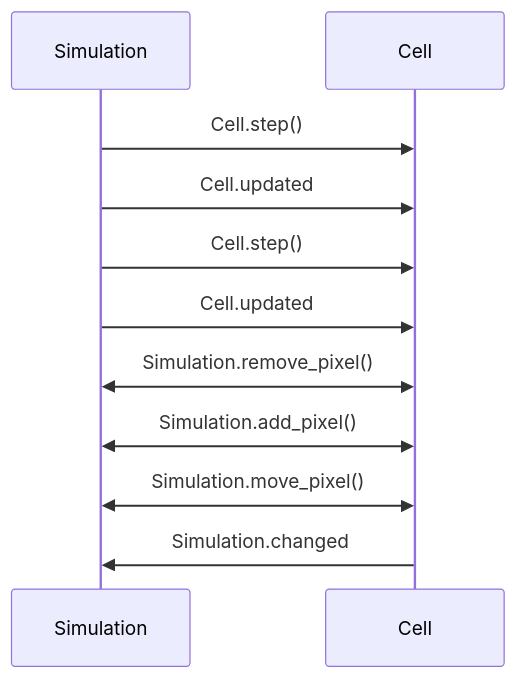
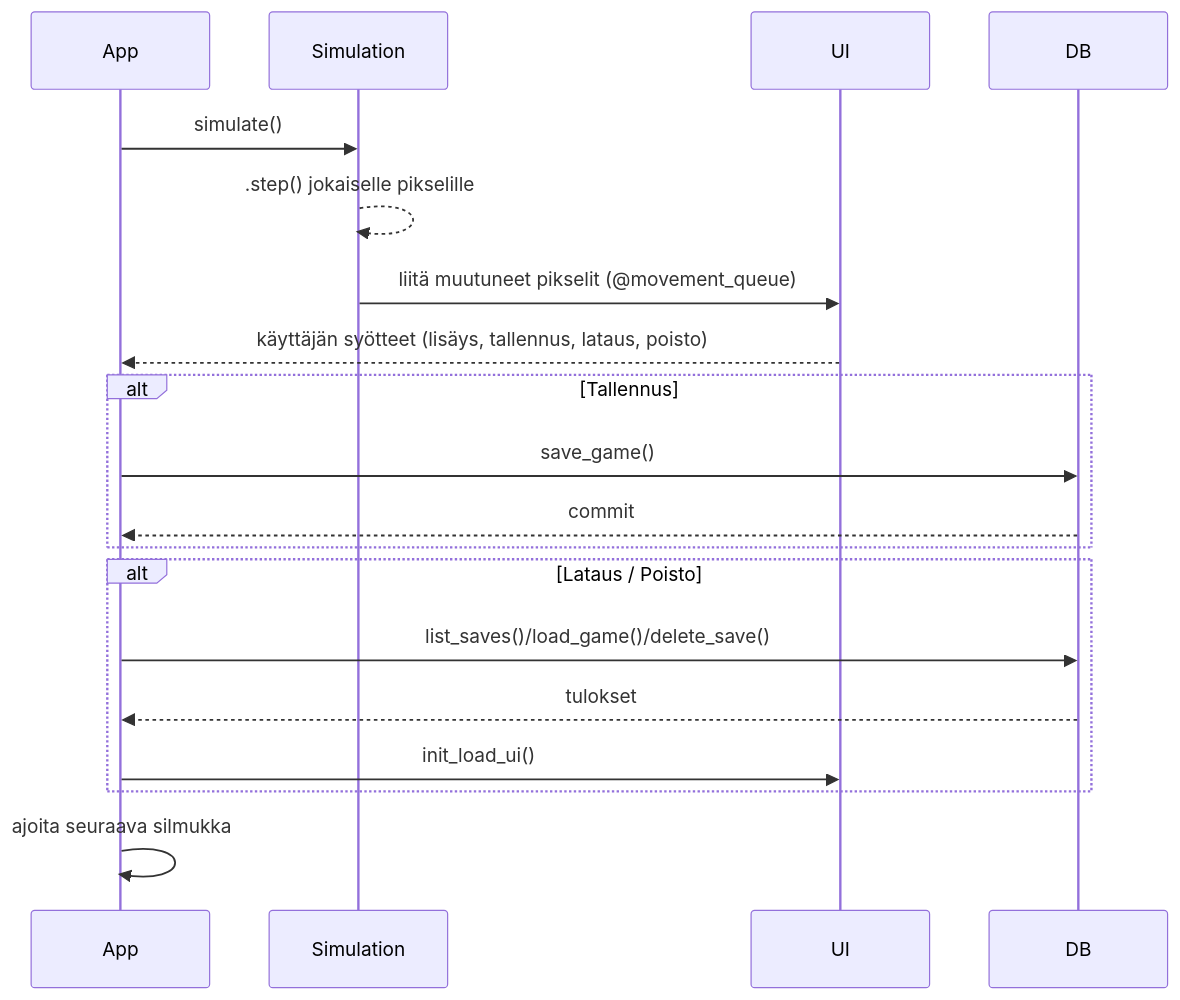
The third of 3 diagrams in dokumentaatio/arkkitehtuuri.md (hfhenri/ot-harjoitustyo), drawn with Mermaid before and after one commit. The commit also changed other lines of this file and 29 other files, not shown here.

````diff
--- a/dokumentaatio/arkkitehtuuri.md
+++ b/dokumentaatio/arkkitehtuuri.md
@@ -21,11 +109,22 @@
 ```mermaid
 sequenceDiagram
-    Simulation->>Cell: Cell.step()
-    Simulation->>Cell: Cell.updated
-    Simulation->>Cell: Cell.step()
-    Simulation->>Cell: Cell.updated
-    Cell<<->>Simulation: Simulation.remove_pixel()
-    Cell<<->>Simulation: Simulation.add_pixel()
-    Cell<<->>Simulation: Simulation.move_pixel()
-    Cell->>Simulation: Simulation.changed
+    participant App
+    participant Simulation
+    participant UI
+    participant DB
+
+    App->>Simulation: simulate()
+    Simulation-->>Simulation: .step() jokaiselle pikselille
+    Simulation->>UI: liitä muutuneet pikselit (@movement_queue)
+    UI-->>App: käyttäjän syötteet (lisäys, tallennus, lataus, poisto)
+    alt Tallennus
+        App->>DB: save_game()
+        DB-->>App: commit
+    end
+    alt Lataus / Poisto
+        App->>DB: list_saves()/load_game()/delete_save()
+        DB-->>App: tulokset
+        App->>UI: init_load_ui()
+    end
+    App->>App: ajoita seuraava silmukka
 ```
````
